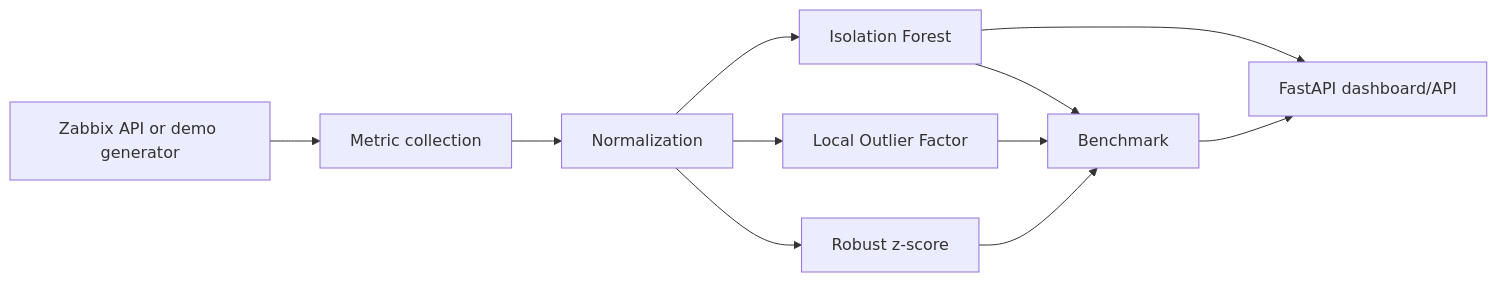
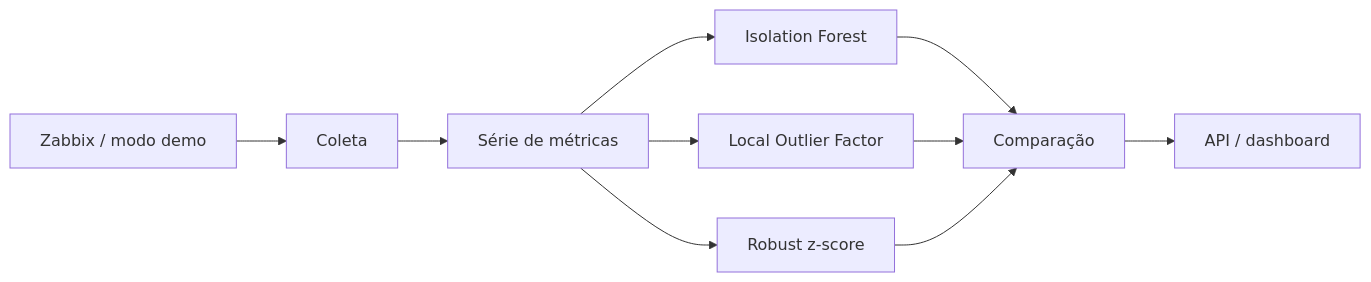
The diagram in docs/ARCHITECTURE.md (Clebin0/zabbix-automation-lab), drawn with Mermaid before and after one commit. The commit also changed other lines of this file, not shown here.

Commit message:
docs: simplify architecture notes

````diff
--- a/docs/ARCHITECTURE.md
+++ b/docs/ARCHITECTURE.md
@@ -9,13 +5,12 @@
 ```mermaid
 flowchart LR
-    A[Zabbix API or demo generator] --> B[Metric collection]
-    B --> C[Normalization]
+    A[Zabbix / modo demo] --> B[Coleta]
+    B --> C[Série de métricas]
     C --> D[Isolation Forest]
     C --> E[Local Outlier Factor]
     C --> F[Robust z-score]
-    D --> G[Benchmark]
+    D --> G[Comparação]
     E --> G
     F --> G
-    D --> H[FastAPI dashboard/API]
-    G --> H
+    G --> H[API / dashboard]
 ```
````
